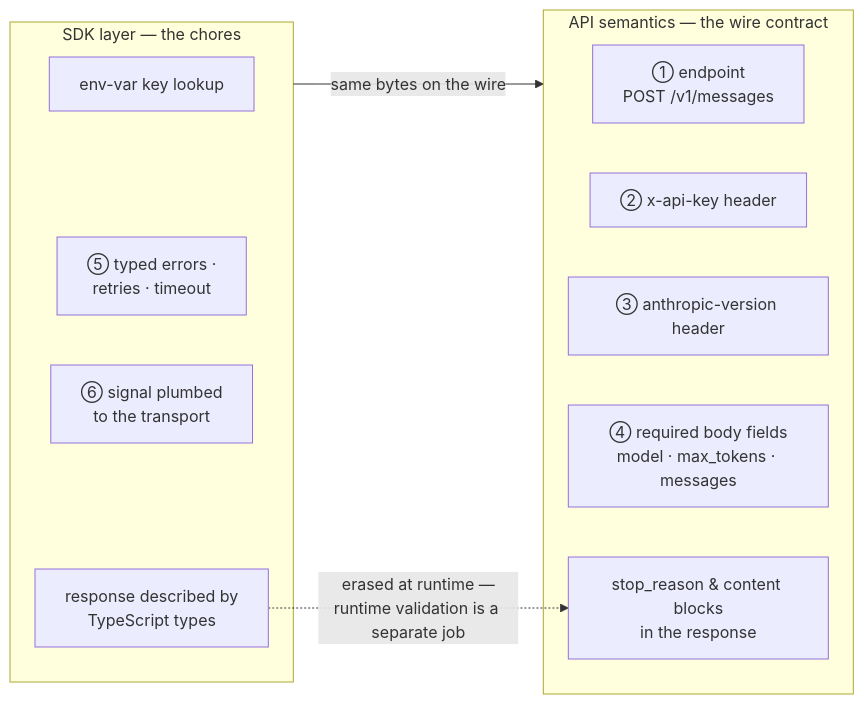
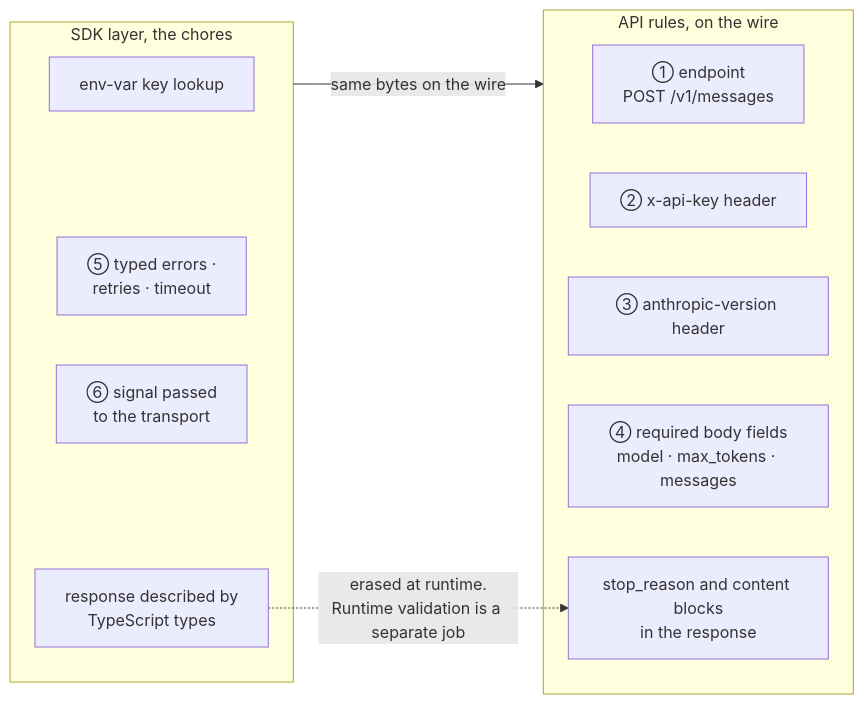
Before and after one commit to JozsefKiss90/TS: the first of 2 diagrams in wiki/lessons/lesson-0001-trace-one-request.md, drawn with Mermaid. The commit also changed other lines of this file and 49 other files, not shown here.

````diff
--- a/wiki/lessons/lesson-0001-trace-one-request.md
+++ b/wiki/lessons/lesson-0001-trace-one-request.md
@@ -18,18 +18,18 @@
 ```mermaid
 flowchart LR
-    subgraph APIL["API semantics — the wire contract"]
+    subgraph APIL["API rules, on the wire"]
         EP["① endpoint<br/>POST /v1/messages"]
         AU["② x-api-key header"]
         VH["③ anthropic-version header"]
         RC["④ required body fields<br/>model · max_tokens · messages"]
-        SR["stop_reason & content blocks<br/>in the response"]
+        SR["stop_reason and content blocks<br/>in the response"]
     end
-    subgraph SDKL["SDK layer — the chores"]
+    subgraph SDKL["SDK layer, the chores"]
         KEY["env-var key lookup"]
         RT["⑤ typed errors ·<br/>retries · timeout"]
-        CX["⑥ signal plumbed<br/>to the transport"]
+        CX["⑥ signal passed<br/>to the transport"]
         TY["response described by<br/>TypeScript types"]
     end
     SDKL -- "same bytes on the wire" --> APIL
-    TY -. "erased at runtime —<br/>runtime validation is a separate job" .-> SR
+    TY -. "erased at runtime.<br/>Runtime validation is a separate job" .-> SR
 ```
````
